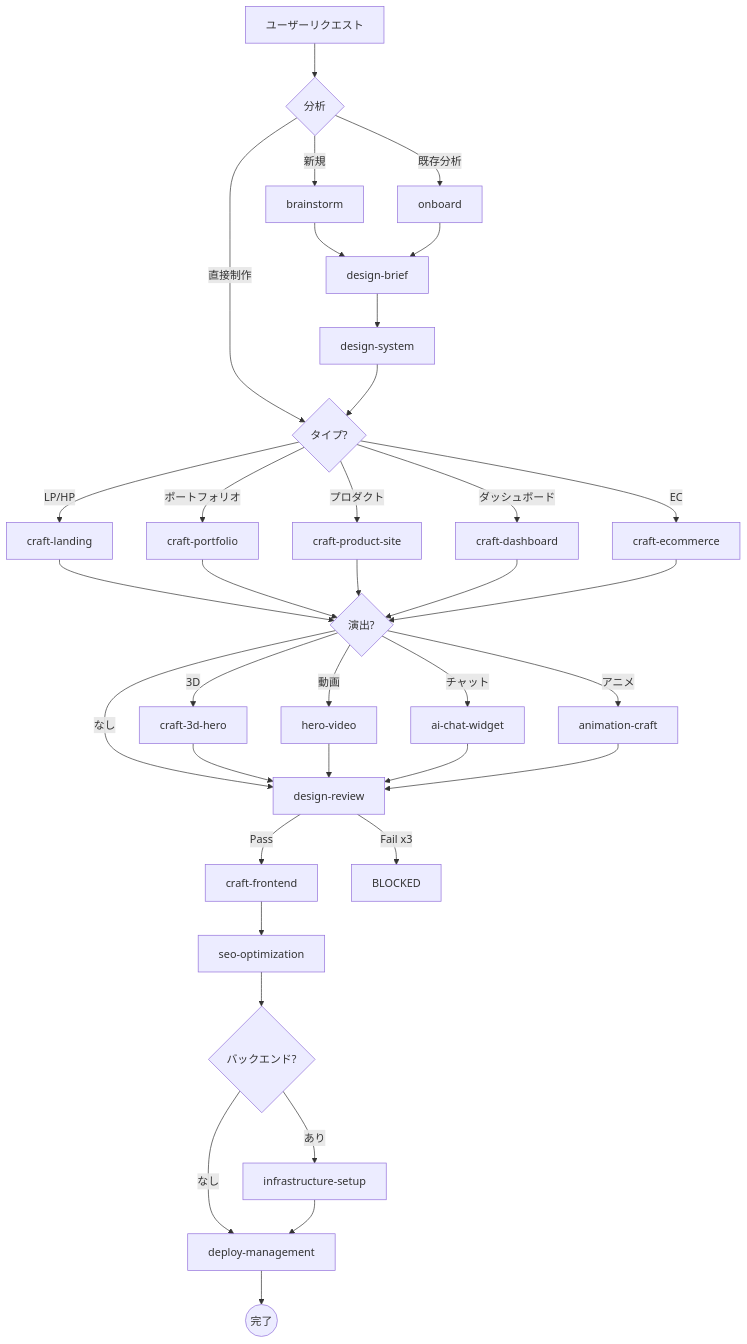
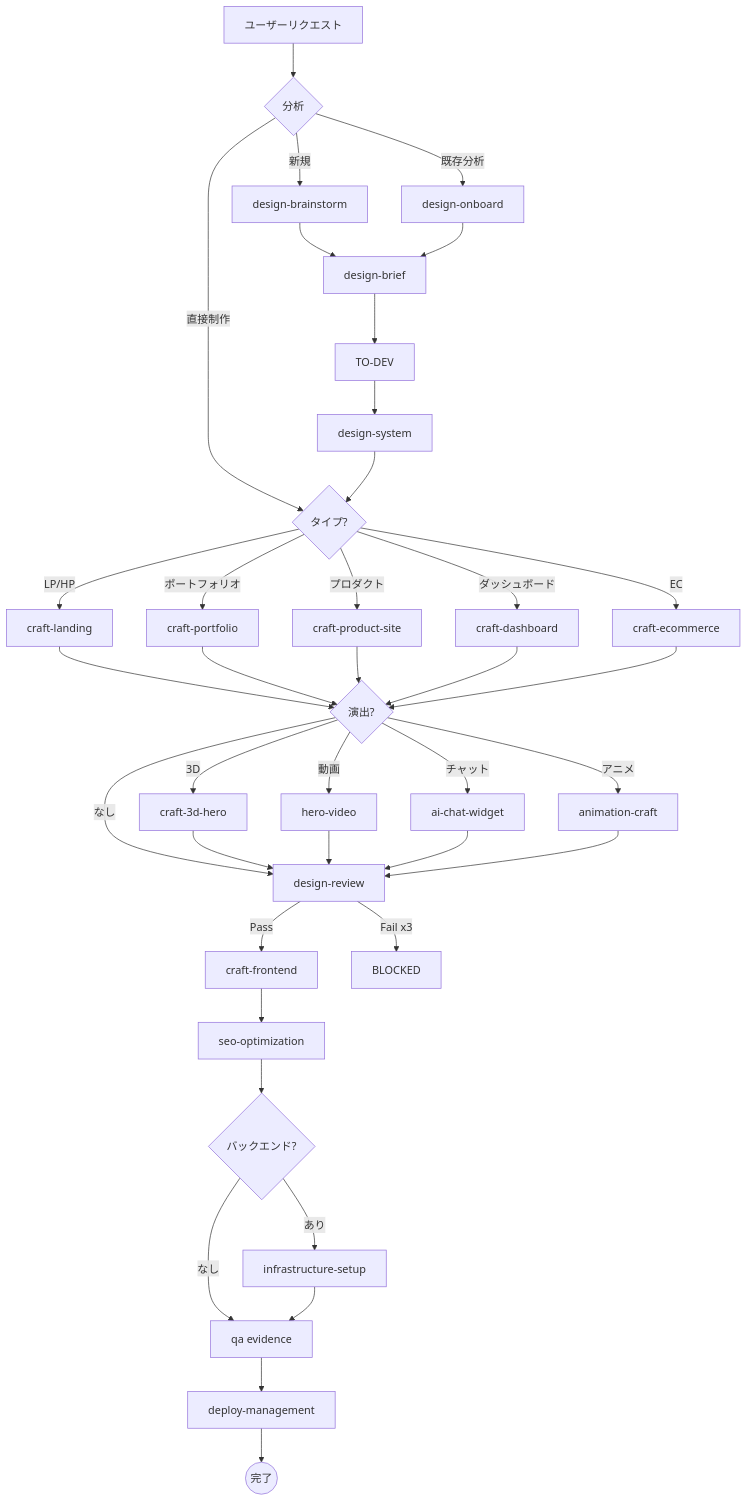
One commit to yuuya-miyagaki/ultradesign-framework-v2 changed the diagram in .agents/skills/core/design-workflow/SKILL.md. Above: the diagram before and after it, drawn with Mermaid. The commit also changed other lines of this file and 23 other files, not shown here.

````diff
--- a/.agents/skills/core/design-workflow/SKILL.md
+++ b/.agents/skills/core/design-workflow/SKILL.md
@@ -33,45 +34,47 @@
 ```mermaid
 graph TD
     START[ユーザーリクエスト] --> ANALYZE{分析}
-    ANALYZE -->|新規| BRAINSTORM[brainstorm]
-    ANALYZE -->|既存分析| ONBOARD[onboard]
+    ANALYZE -->|新規| BRAINSTORM[design-brainstorm]
+    ANALYZE -->|既存分析| ONBOARD[design-onboard]
     ANALYZE -->|直接制作| CRAFT{タイプ?}
 
-    BRAINSTORM --> BRIEF[design-brief]
-    ONBOARD --> BRIEF
-    BRIEF --> SYSTEM[design-system]
+    BRAINSTORM --> REQUIREMENTS[design-brief]
+    ONBOARD --> REQUIREMENTS
+    REQUIREMENTS --> HANDOVER[TO-DEV]
+    HANDOVER --> SYSTEM[design-system]
     SYSTEM --> CRAFT
 
     CRAFT -->|LP/HP| LANDING[craft-landing]
     CRAFT -->|ポートフォリオ| PORTFOLIO[craft-portfolio]
     CRAFT -->|プロダクト| PRODUCT[craft-product-site]
     CRAFT -->|ダッシュボード| DASHBOARD[craft-dashboard]
     CRAFT -->|EC| ECOMMERCE[craft-ecommerce]
 
     LANDING --> ENHANCE{演出?}
     PORTFOLIO --> ENHANCE
     PRODUCT --> ENHANCE
     DASHBOARD --> ENHANCE
     ECOMMERCE --> ENHANCE
 
     ENHANCE -->|3D| HERO3D[craft-3d-hero]
     ENHANCE -->|動画| VIDEO[hero-video]
     ENHANCE -->|チャット| CHAT[ai-chat-widget]
     ENHANCE -->|アニメ| ANIM[animation-craft]
     ENHANCE -->|なし| REVIEW[design-review]
 
     HERO3D --> REVIEW
     VIDEO --> REVIEW
     CHAT --> REVIEW
     ANIM --> REVIEW
 
     REVIEW -->|Pass| FRONTEND[craft-frontend]
     FRONTEND --> SEO[seo-optimization]
     SEO --> NEED_INFRA{バックエンド?}
     NEED_INFRA -->|あり| INFRA[infrastructure-setup]
-    NEED_INFRA -->|なし| DEPLOY[deploy-management]
-    INFRA --> DEPLOY
+    NEED_INFRA -->|なし| QA[qa evidence]
+    INFRA --> QA
+    QA --> DEPLOY[deploy-management]
     DEPLOY --> DONE((完了))
 
     REVIEW -->|Fail x3| BLOCKED[BLOCKED]
 ```
````
